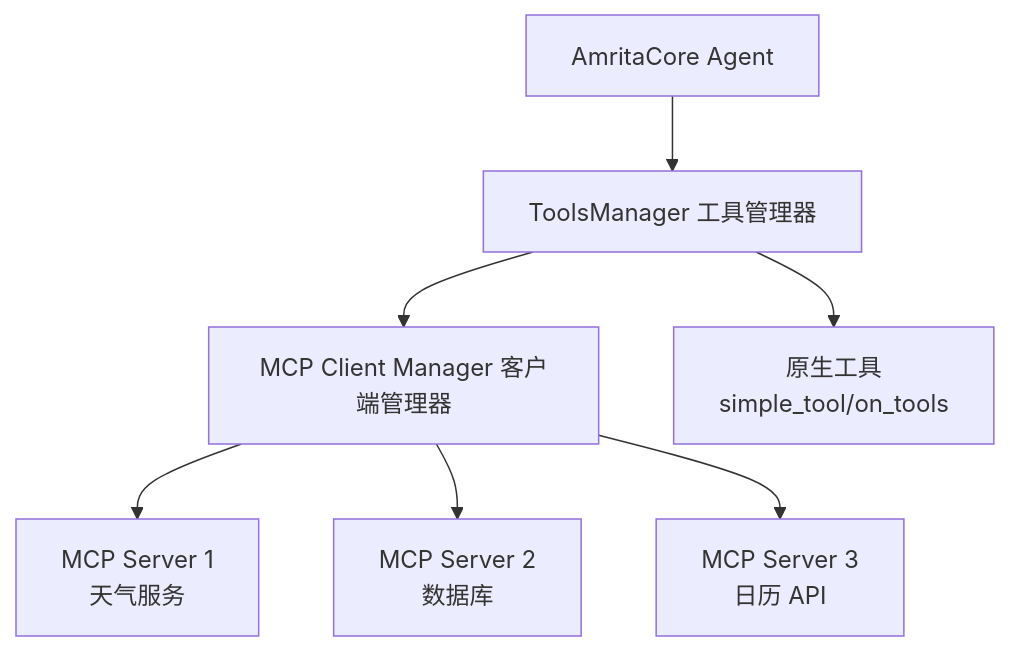
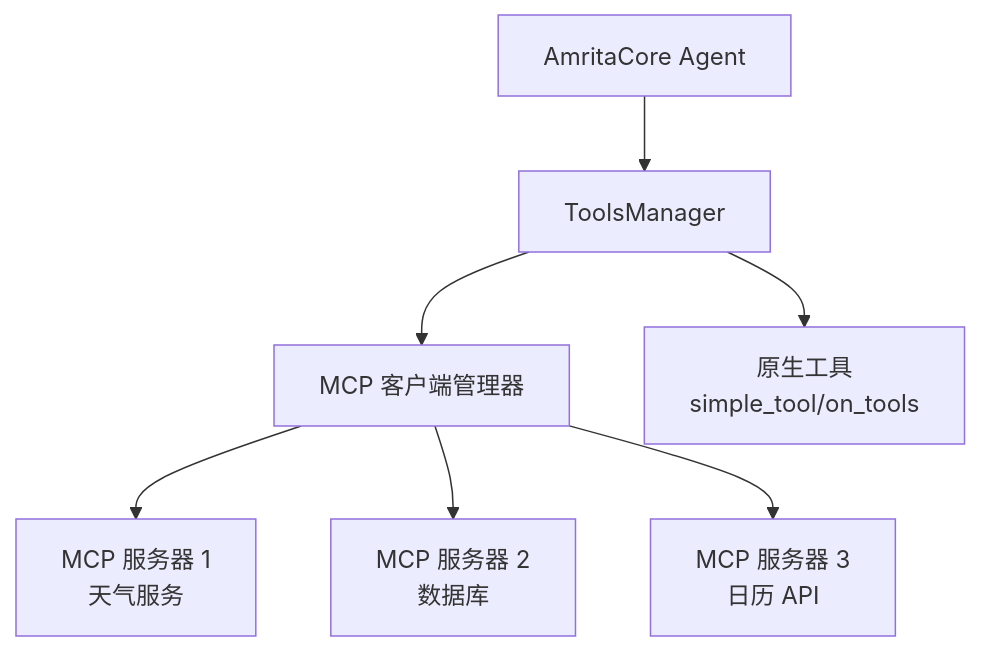
The diagram in docs/docs/zh/guide/extensions-integration/mcp-server-integration.md (AmritaBot/AmritaCore), drawn with Mermaid before and after one commit. The commit also changed other lines of this file and 160 other files, not shown here.

````diff
--- a/docs/docs/zh/guide/extensions-integration/mcp-server-integration.md
+++ b/docs/docs/zh/guide/extensions-integration/mcp-server-integration.md
@@ -15,9 +15,9 @@
 ```mermaid
 graph TD
-    A[AmritaCore Agent] --> B[ToolsManager 工具管理器]
-    B --> C[MCP Client Manager 客户端管理器]
-    C --> D[MCP Server 1<br/>天气服务]
-    C --> E[MCP Server 2<br/>数据库]
-    C --> F[MCP Server 3<br/>日历 API]
+    A[AmritaCore Agent] --> B[ToolsManager]
+    B --> C[MCP 客户端管理器]
+    C --> D[MCP 服务器 1<br/>天气服务]
+    C --> E[MCP 服务器 2<br/>数据库]
+    C --> F[MCP 服务器 3<br/>日历 API]
     B --> G[原生工具<br/>simple_tool/on_tools]
 ```
````
